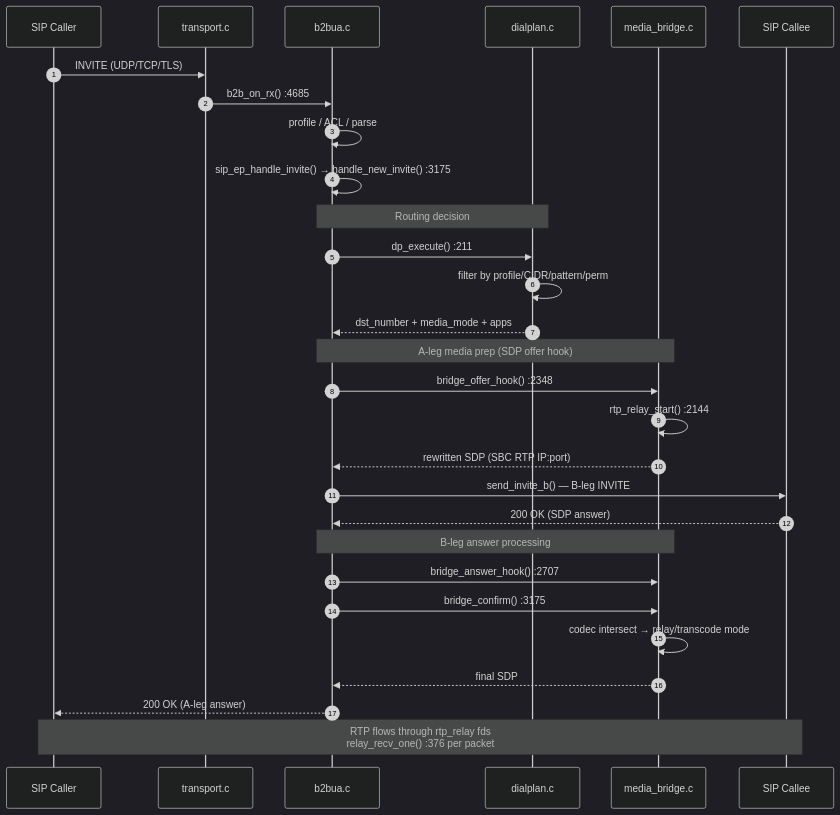
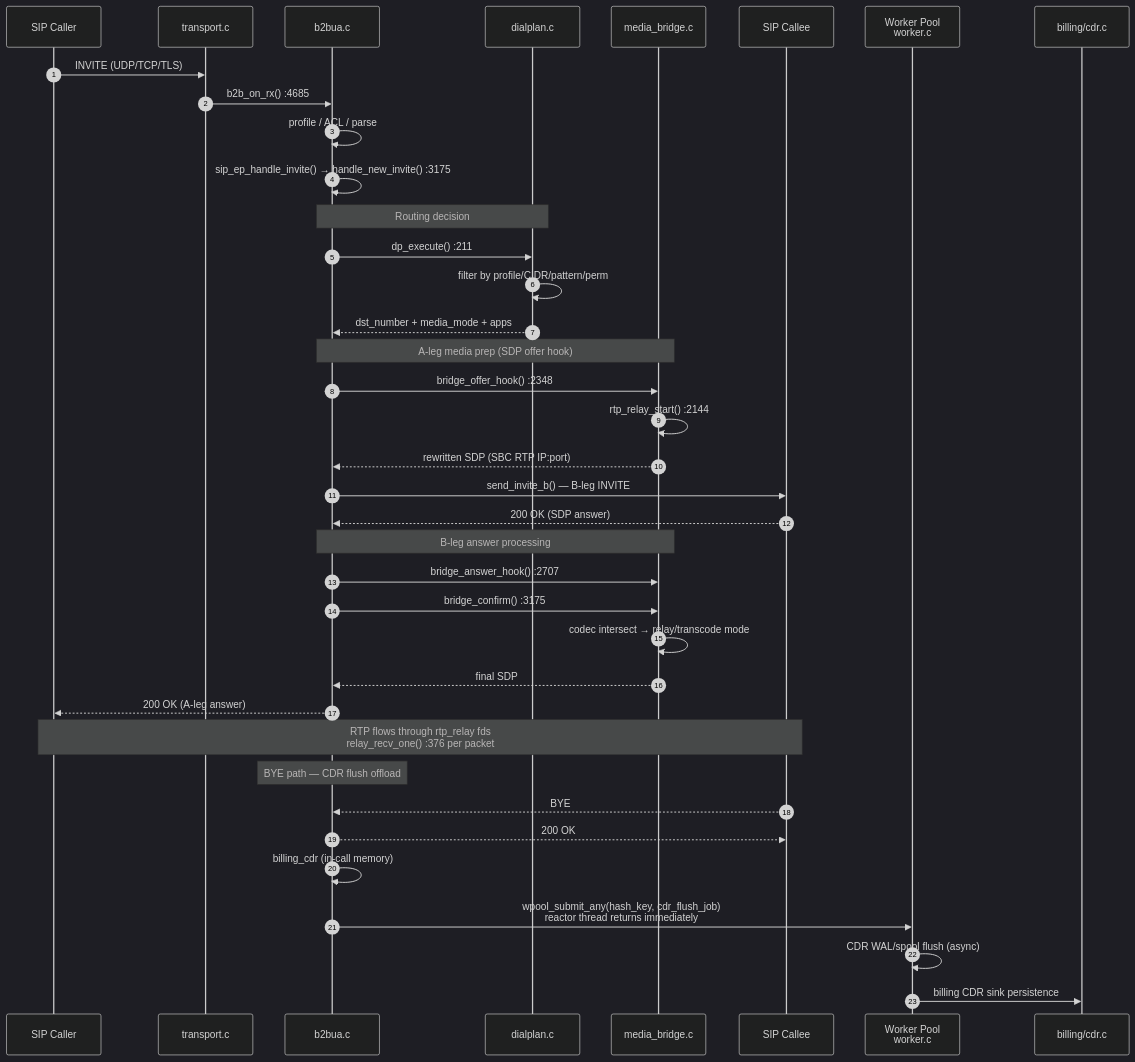
Before and after one commit to nwaycn/nsbc: the second of 5 diagrams in docs/call-flows.md, drawn with Mermaid (dark theme). The commit also changed other lines of this file and 1103 other files, not shown here.

First line of the commit message:
feat: multi-reactor/multi-worker architecture, billing accounts sync, security hardening

````diff
--- a/docs/call-flows.md
+++ b/docs/call-flows.md
@@ -68,37 +68,47 @@
 ```mermaid
 sequenceDiagram
     autonumber
     participant UAC as SIP Caller
     participant TR as transport.c
     participant B2 as b2bua.c
     participant DP as dialplan.c
     participant BR as media_bridge.c
     participant UAS as SIP Callee
+    participant WP as Worker Pool<br/>worker.c
+    participant BILL as billing/cdr.c
 
     UAC->>TR: INVITE (UDP/TCP/TLS)
     TR->>B2: b2b_on_rx() :4685
     B2->>B2: profile / ACL / parse
     B2->>B2: sip_ep_handle_invite() → handle_new_invite() :3175
 
     Note over B2,DP: Routing decision
     B2->>DP: dp_execute() :211
     DP->>DP: filter by profile/CIDR/pattern/perm
     DP-->>B2: dst_number + media_mode + apps
 
     Note over B2,BR: A-leg media prep (SDP offer hook)
     B2->>BR: bridge_offer_hook() :2348
     BR->>BR: rtp_relay_start() :2144
     BR-->>B2: rewritten SDP (SBC RTP IP:port)
 
     B2->>UAS: send_invite_b() — B-leg INVITE
     UAS-->>B2: 200 OK (SDP answer)
 
     Note over B2,BR: B-leg answer processing
     B2->>BR: bridge_answer_hook() :2707
     B2->>BR: bridge_confirm() :3175
     BR->>BR: codec intersect → relay/transcode mode
     BR-->>B2: final SDP
 
     B2-->>UAC: 200 OK (A-leg answer)
     Note over UAC,UAS: RTP flows through rtp_relay fds<br/>relay_recv_one() :376 per packet
+
+    Note over B2: BYE path — CDR flush offload
+    UAS-->>B2: BYE
+    B2-->>UAS: 200 OK
+    B2->>B2: billing_cdr (in-call memory)
+    B2->>WP: wpool_submit_any(hash_key, cdr_flush_job)<br/>reactor thread returns immediately
+    WP->>WP: CDR WAL/spool flush (async)
+    WP->>BILL: billing CDR sink persistence
 ```
````
